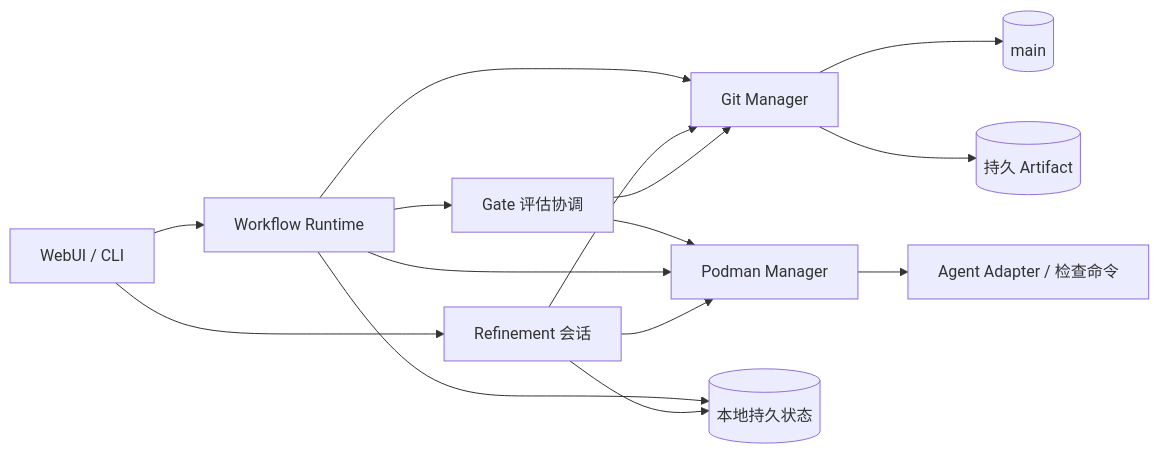
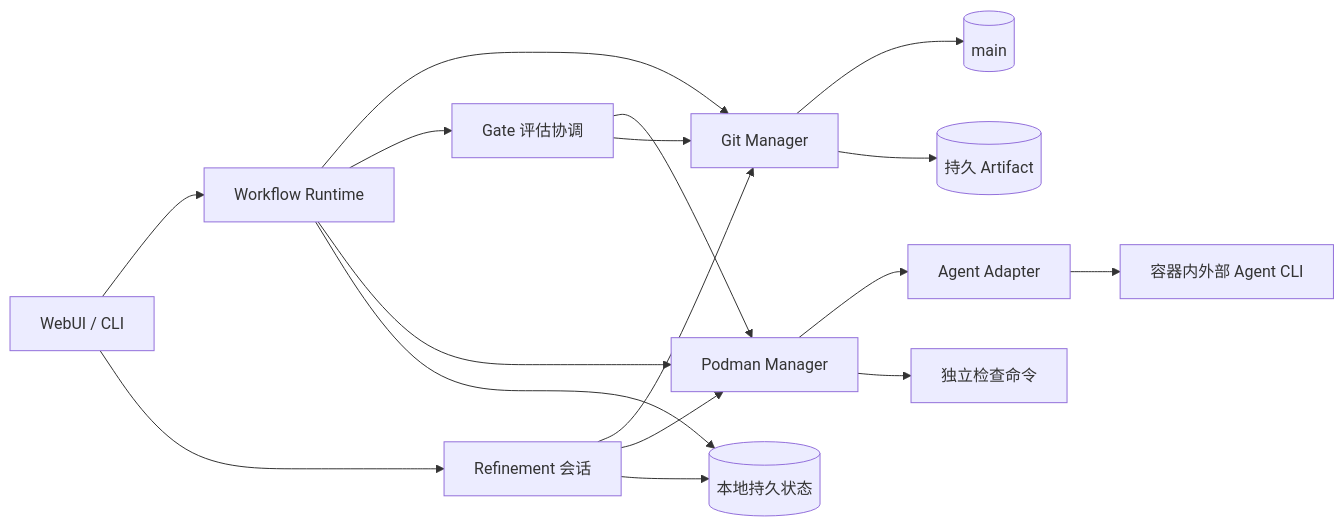
Before and after one commit to LingMessy/facetloom: the first of 2 diagrams in design/05-services.md, drawn with Mermaid. The commit also changed other lines of this file and 10 other files, not shown here.

````diff
--- a/design/05-services.md
+++ b/design/05-services.md
@@ -7,17 +7,19 @@
 ```mermaid
 flowchart LR
     UI[WebUI / CLI] --> RT[Workflow Runtime]
     UI --> RF[Refinement 会话]
     RT --> GM[Git Manager]
     RF --> GM
     RT --> GE[Gate 评估协调]
     GE --> PM[Podman Manager]
     GE --> GM
     RT --> PM
     RF --> PM
-    PM --> AD[Agent Adapter / 检查命令]
+    PM --> AD[Agent Adapter]
+    AD --> EA[容器内外部 Agent CLI]
+    PM --> CK[独立检查命令]
     GM --> Main[(main)]
     GM --> Artifact[(持久 Artifact)]
     RT --> Local[(本地持久状态)]
     RF --> Local
 ```
````
